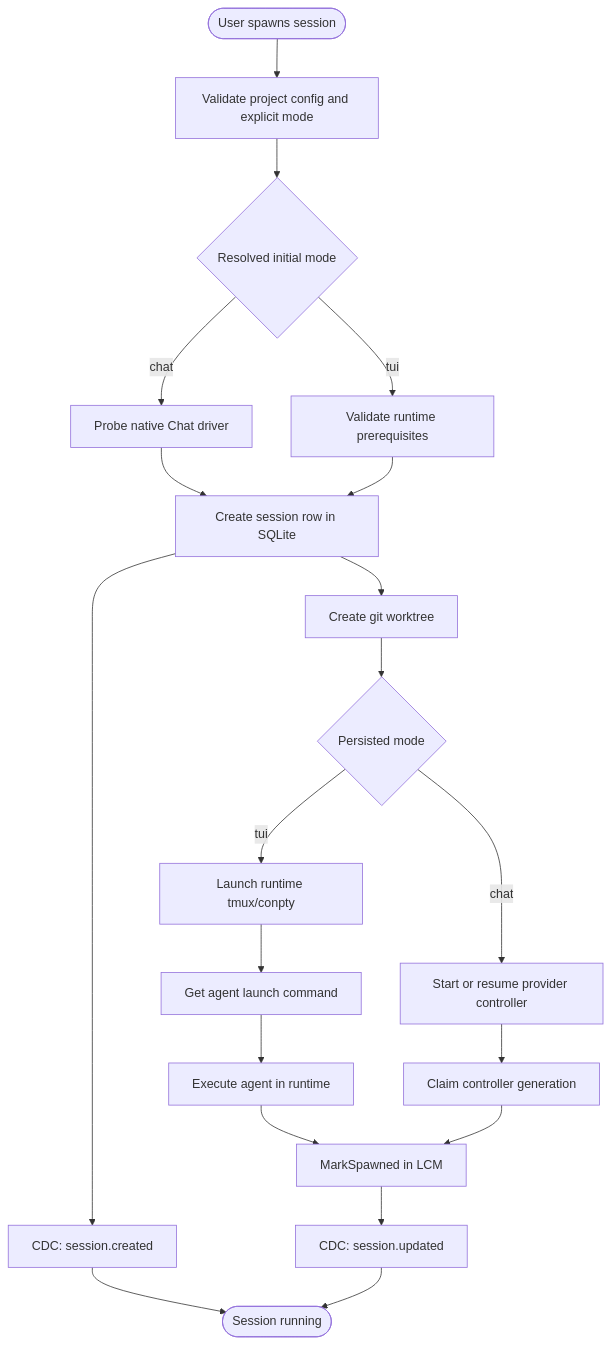
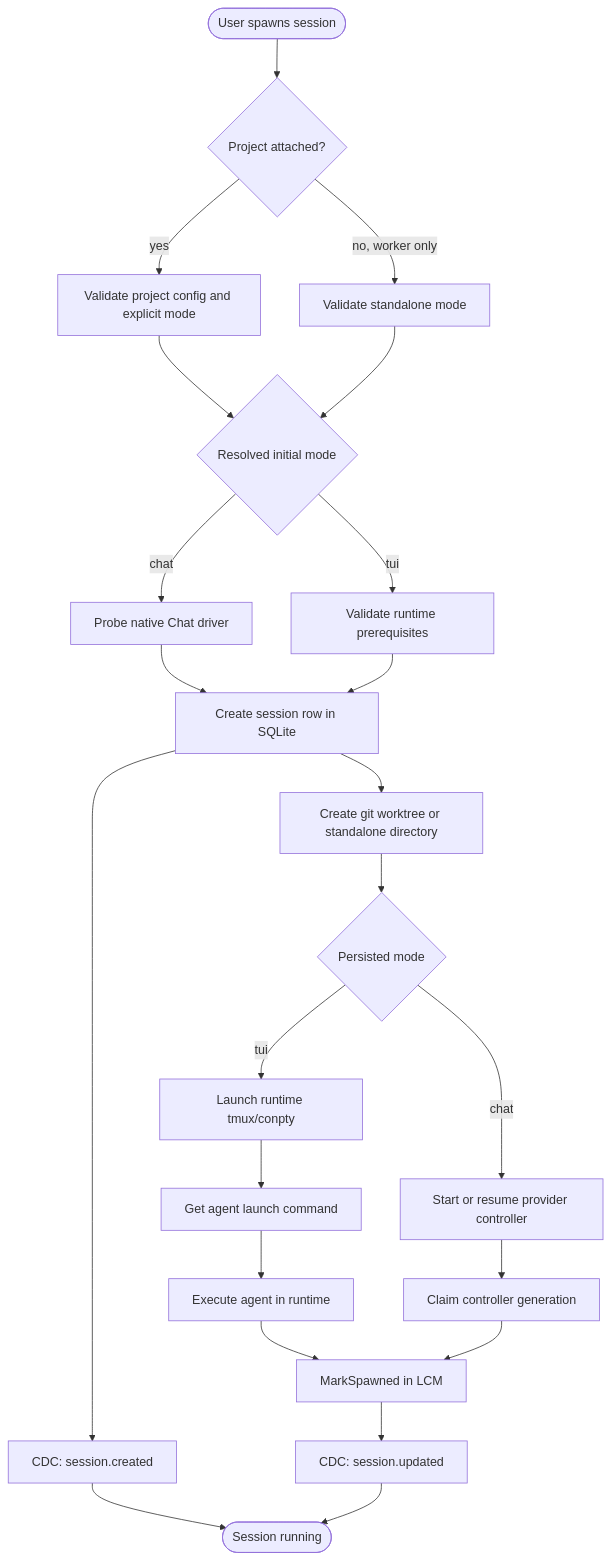
The seventh of 24 diagrams in docs/architecture.md (ComposioHQ/agent-orchestrator), drawn with Mermaid before and after one commit. The commit also changed other lines of this file and 19 other files, not shown here.

Commit message:
fix: address standalone session review feedback

````diff
--- a/docs/architecture.md
+++ b/docs/architecture.md
@@ -292,23 +296,26 @@
 ```mermaid
 flowchart TD
-    Start([User spawns session]) --> Validate[Validate project config and explicit mode]
+    Start([User spawns session]) --> Scope{Project attached?}
+    Scope -->|yes| Validate[Validate project config and explicit mode]
+    Scope -->|no, worker only| ValidateStandalone[Validate standalone mode]
     Validate --> InitialMode{Resolved initial mode}
+    ValidateStandalone --> InitialMode
     InitialMode -->|chat| Preflight[Probe native Chat driver]
     InitialMode -->|tui| RuntimePreflight[Validate runtime prerequisites]
     Preflight --> CreateRow[Create session row in SQLite]
     RuntimePreflight --> CreateRow
     CreateRow --> Trigger1[CDC: session.created]
-    CreateRow --> CreateWS[Create git worktree]
+    CreateRow --> CreateWS[Create git worktree or standalone directory]
     CreateWS --> LaunchMode{Persisted mode}
     LaunchMode -->|tui| CreateRT[Launch runtime tmux/conpty]
     CreateRT --> GetCmd[Get agent launch command]
     GetCmd --> ExecAgent[Execute agent in runtime]
     LaunchMode -->|chat| ChatController[Start or resume provider controller]
     ChatController --> Fence[Claim controller generation]
     ExecAgent --> MarkSpawned[MarkSpawned in LCM]
     Fence --> MarkSpawned
     MarkSpawned --> Trigger2[CDC: session.updated]
     Trigger1 --> Done
     Trigger2 --> Done([Session running])
 
 ```
````
